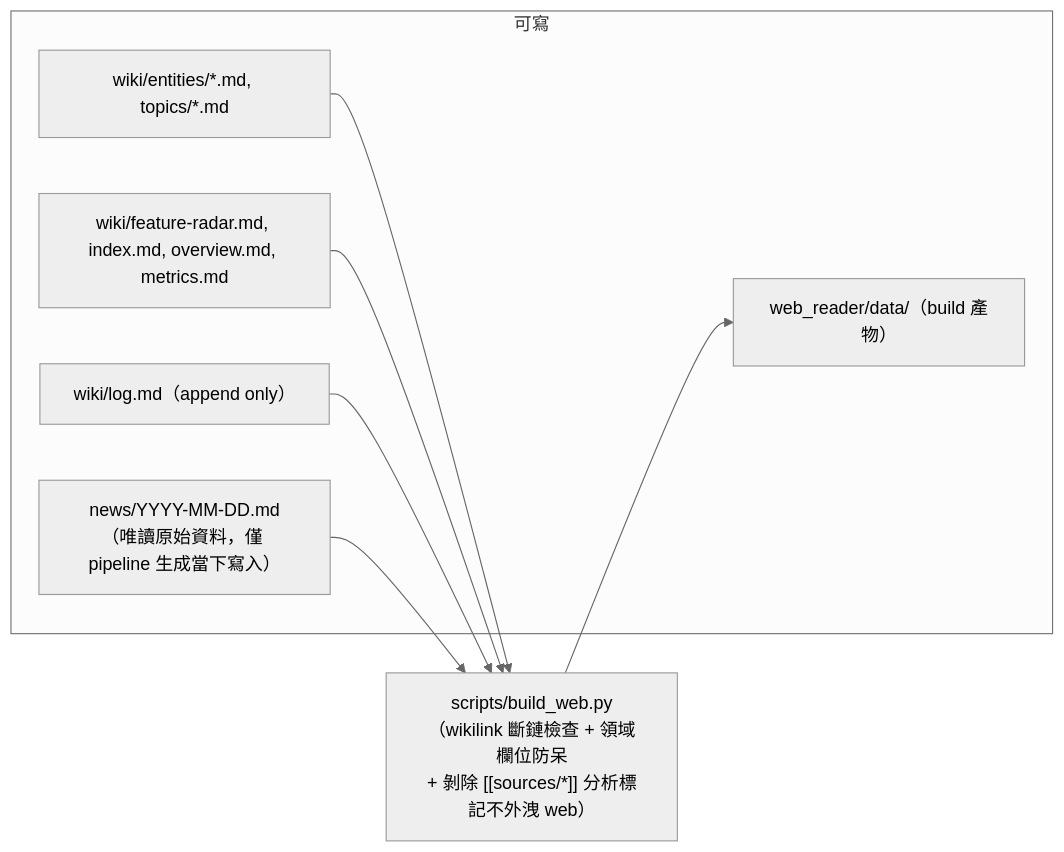
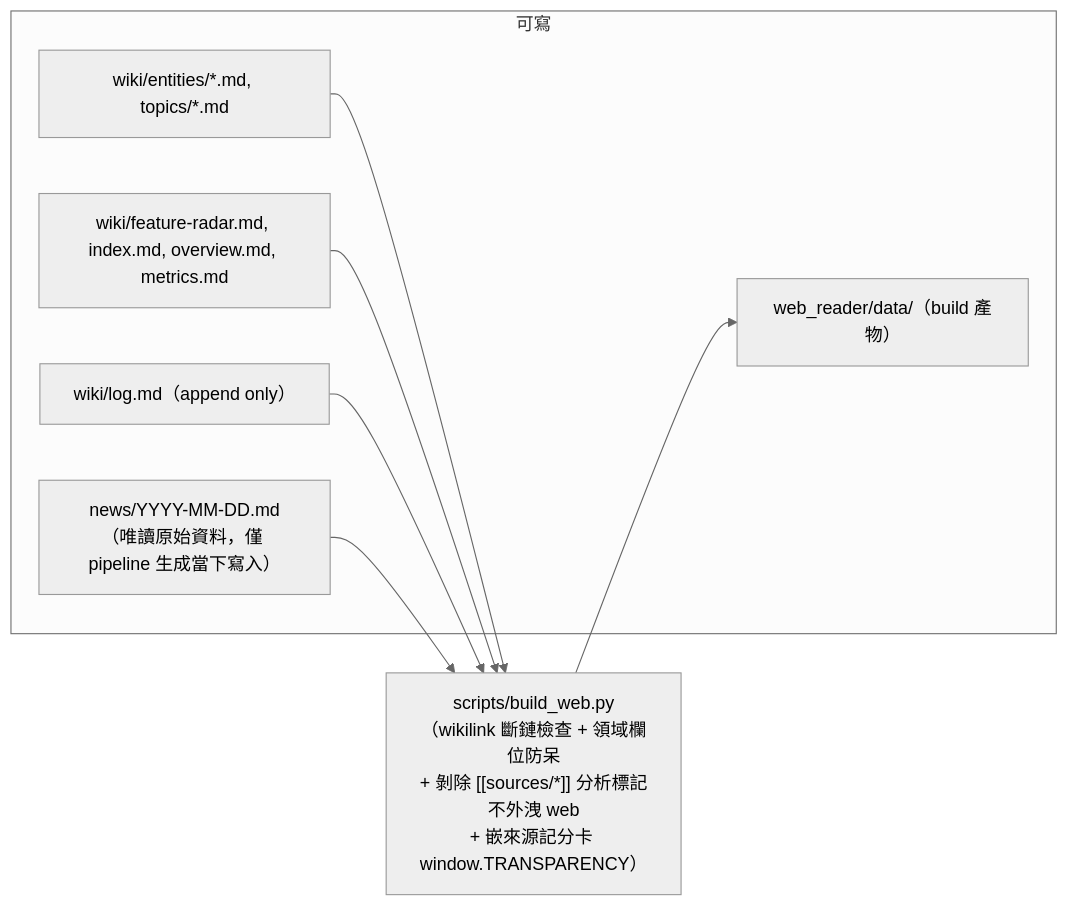
One commit to mandy82477/claude-news changed the seventh of 7 diagrams in src/DesignDocument/Design Diagram.md. Above: the diagram before and after it, drawn with Mermaid (neutral theme). The commit also changed other lines of this file and 2 other files, not shown here.

Commit message:
docs: 架構文件同步 來源評分監控層＋忠實度自檢＋透明度頁（另修 lint 圖 9→10 步既有漂移）

````diff
--- a/src/DesignDocument/Design Diagram.md
+++ b/src/DesignDocument/Design Diagram.md
@@ -165,13 +191,13 @@
 ```mermaid
 flowchart LR
     subgraph WRITE["可寫"]
         A["news/YYYY-MM-DD.md\n（唯讀原始資料，僅 pipeline 生成當下寫入）"]
         B["wiki/entities/*.md, topics/*.md"]
         C["wiki/feature-radar.md, index.md, overview.md, metrics.md"]
         D["wiki/log.md（append only）"]
         E["web_reader/data/（build 產物）"]
     end
-    B & C & D --> BUILD["scripts/build_web.py\n（wikilink 斷鏈檢查 + 領域欄位防呆\n+ 剝除 [[sources/*]] 分析標記不外洩 web）"]
+    B & C & D --> BUILD["scripts/build_web.py\n（wikilink 斷鏈檢查 + 領域欄位防呆\n+ 剝除 [[sources/*]] 分析標記不外洩 web\n+ 嵌來源記分卡 window.TRANSPARENCY）"]
     A --> BUILD
     BUILD --> E
 ```
````
